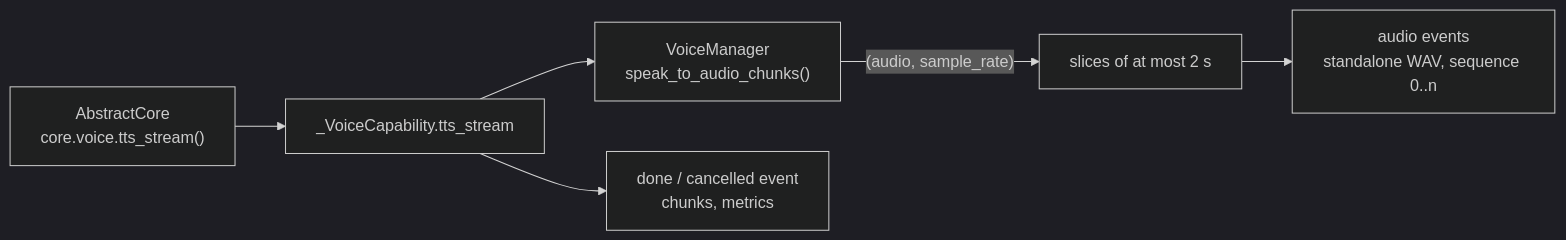
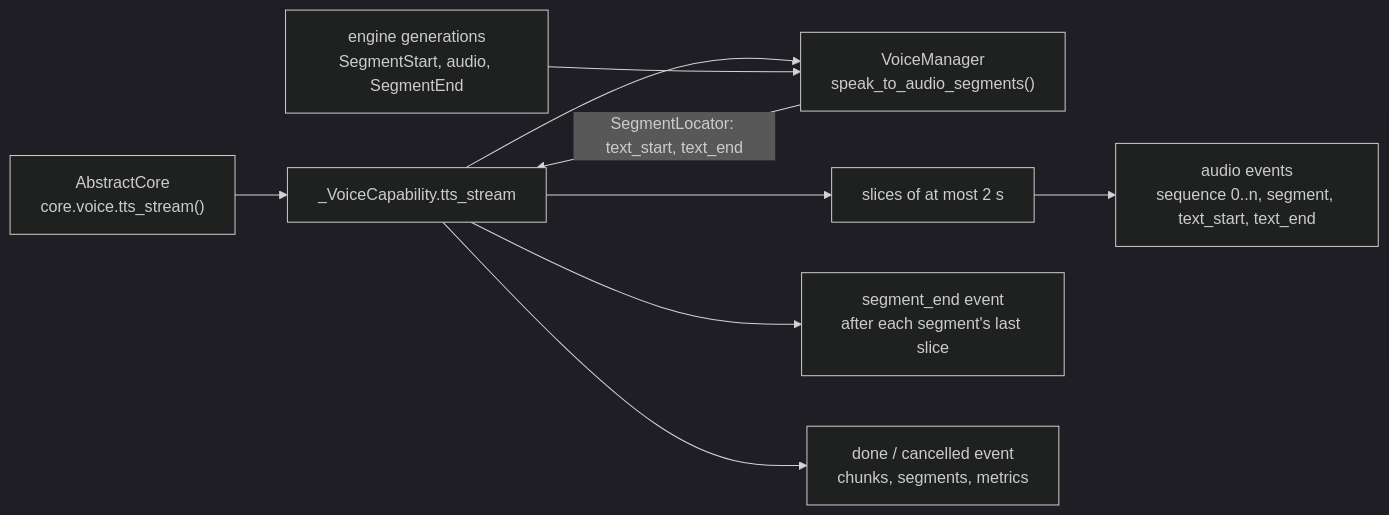
One commit to lpalbou/AbstractVoice changed the fifth of 5 diagrams in docs/architecture.md. Above: the diagram before and after it, drawn with Mermaid (dark theme). The commit also changed other lines of this file and 20 other files, not shown here.

````diff
--- a/docs/architecture.md
+++ b/docs/architecture.md
@@ -275,8 +280,11 @@
 ```mermaid
 flowchart LR
   Core["AbstractCore<br/>core.voice.tts_stream()"] --> Cap["_VoiceCapability.tts_stream"]
-  Cap --> VM["VoiceManager<br/>speak_to_audio_chunks()"]
-  VM -->|"(audio, sample_rate)"| Split["slices of at most 2 s"]
-  Split --> Audio["audio events<br/>standalone WAV, sequence 0..n"]
-  Cap --> Done["done / cancelled event<br/>chunks, metrics"]
+  Cap --> VM["VoiceManager<br/>speak_to_audio_segments()"]
+  Eng["engine generations<br/>SegmentStart, audio, SegmentEnd"] --> VM
+  VM -->|"SegmentLocator: text_start, text_end"| Cap
+  Cap --> Split["slices of at most 2 s"]
+  Split --> Audio["audio events<br/>sequence 0..n, segment, text_start, text_end"]
+  Cap --> End["segment_end event<br/>after each segment's last slice"]
+  Cap --> Done["done / cancelled event<br/>chunks, segments, metrics"]
 ```
````
